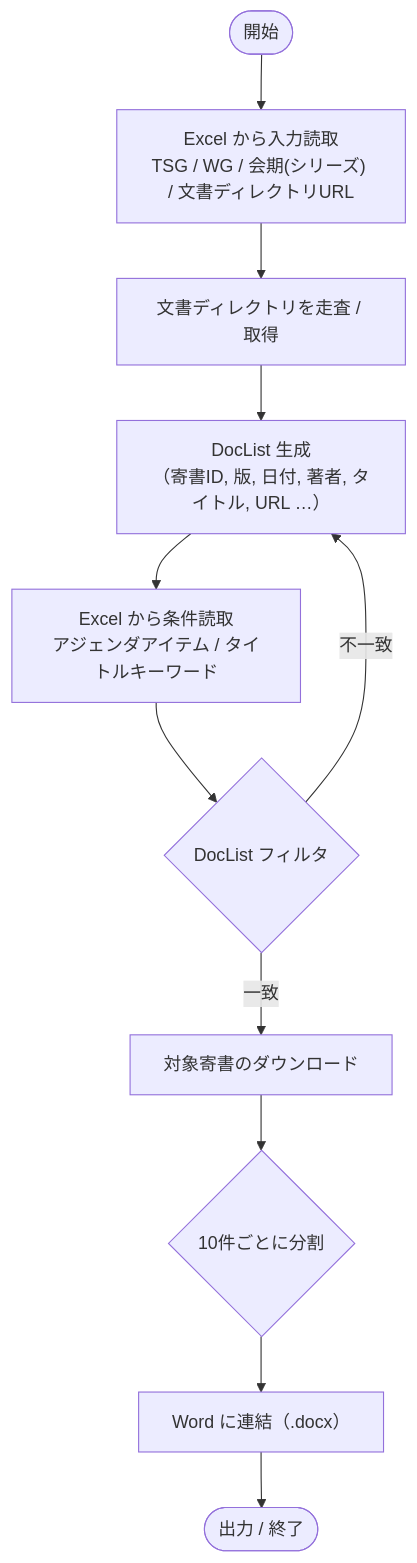
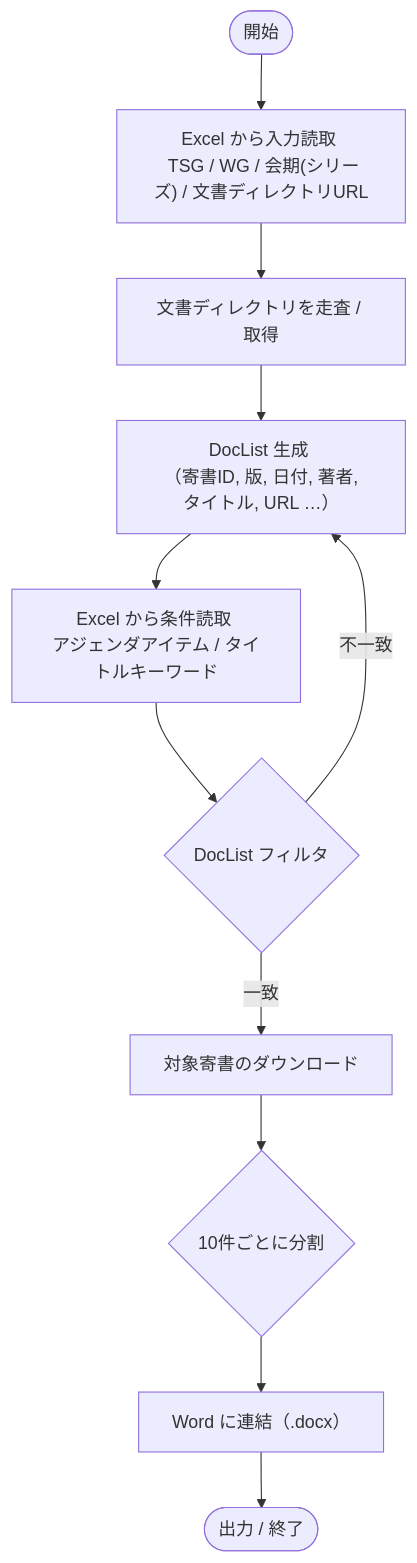
One commit to tmusimesabaoi4i/get_3gpp_and_ieee changed the second of 3 diagrams in README.md. Above: the diagram before and after it, drawn with Mermaid. The commit also changed other lines of this file, not shown here.

````diff
--- a/README.md
+++ b/README.md
@@ -104,16 +104,16 @@
 ```mermaid
 flowchart TB
-    A([開始]) --> B["Excel から入力読取\nTSG / WG / 会期(シリーズ) / 文書ディレクトリURL"]
+    A([開始]) --> B["Excel から入力読取 \n TSG / WG / 会期(シリーズ) / 文書ディレクトリURL"]
     B --> C[文書ディレクトリを走査 / 取得]
-    C --> D["DocList 生成\n（寄書ID, 版, 日付, 著者, タイトル, URL …）"]
+    C --> D["DocList 生成 \n （寄書ID, 版, 日付, 著者, タイトル, URL …）"]
 
-    D --> E["Excel から条件読取\nアジェンダアイテム / タイトルキーワード"]
+    D --> E["Excel から条件読取 \nアジェンダアイテム / タイトルキーワード"]
     E --> F{DocList フィルタ}
     F -->|一致| G[対象寄書のダウンロード]
     F -->|不一致| D
 
     G --> H{10件ごとに分割}
     H --> I[Word に連結（.docx）]
     I --> J([出力 / 終了])
 
 ```
````
